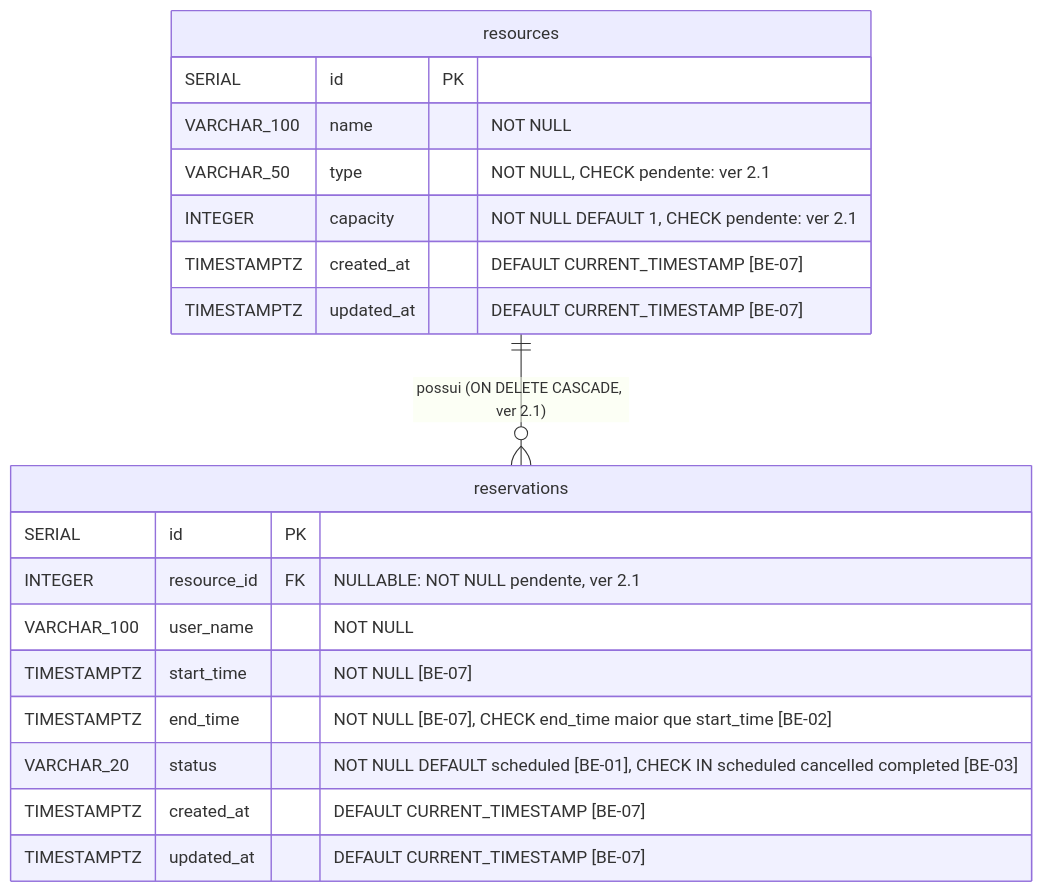
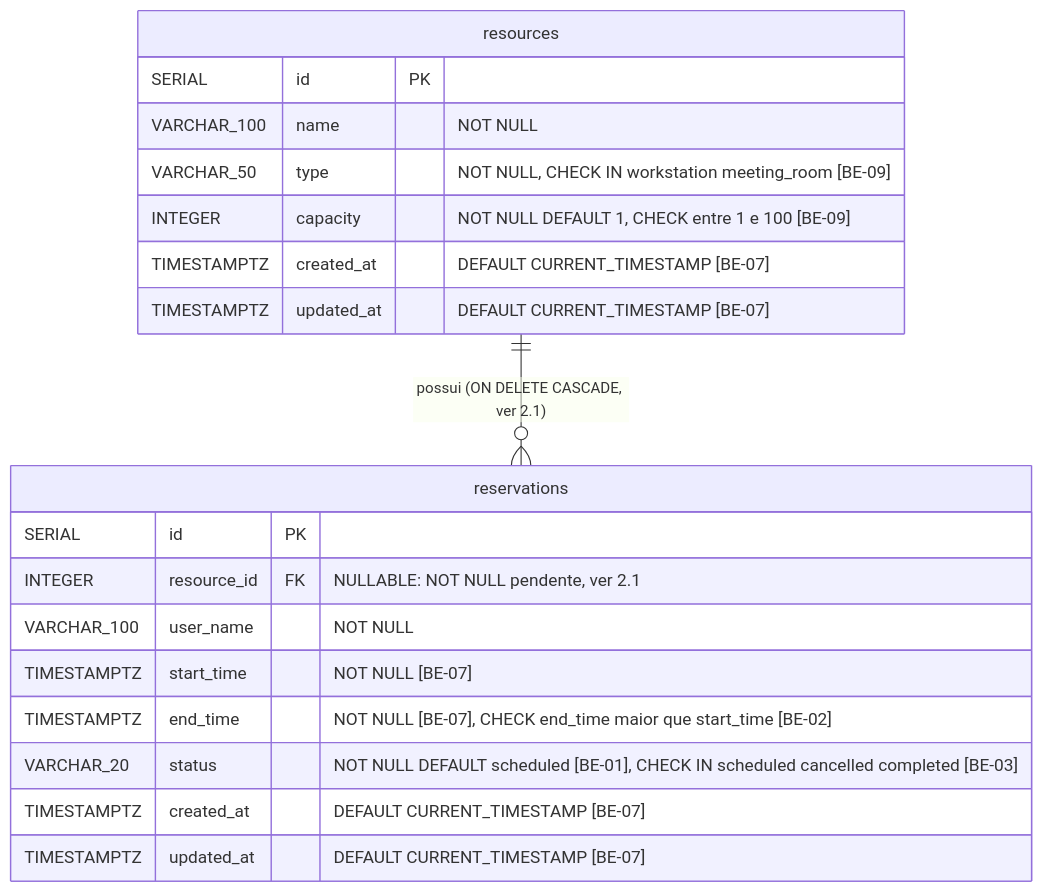
One commit to igorSeberino/srec changed the second of 2 diagrams in docs/arquitetura/der.md. Above: the diagram before and after it, drawn with Mermaid. The commit also changed other lines of this file and 3 other files, not shown here.

````diff
--- a/docs/arquitetura/der.md
+++ b/docs/arquitetura/der.md
@@ -61,24 +61,24 @@
 ```mermaid
 erDiagram
     resources ||--o{ reservations : "possui (ON DELETE CASCADE, ver 2.1)"
 
     resources {
         SERIAL id PK ""
         VARCHAR_100 name "NOT NULL"
-        VARCHAR_50 type "NOT NULL, CHECK pendente: ver 2.1"
-        INTEGER capacity "NOT NULL DEFAULT 1, CHECK pendente: ver 2.1"
+        VARCHAR_50 type "NOT NULL, CHECK IN workstation meeting_room [BE-09]"
+        INTEGER capacity "NOT NULL DEFAULT 1, CHECK entre 1 e 100 [BE-09]"
         TIMESTAMPTZ created_at "DEFAULT CURRENT_TIMESTAMP [BE-07]"
         TIMESTAMPTZ updated_at "DEFAULT CURRENT_TIMESTAMP [BE-07]"
     }
 
     reservations {
         SERIAL id PK ""
         INTEGER resource_id FK "NULLABLE: NOT NULL pendente, ver 2.1"
         VARCHAR_100 user_name "NOT NULL"
         TIMESTAMPTZ start_time "NOT NULL [BE-07]"
         TIMESTAMPTZ end_time "NOT NULL [BE-07], CHECK end_time maior que start_time [BE-02]"
         VARCHAR_20 status "NOT NULL DEFAULT scheduled [BE-01], CHECK IN scheduled cancelled completed [BE-03]"
         TIMESTAMPTZ created_at "DEFAULT CURRENT_TIMESTAMP [BE-07]"
         TIMESTAMPTZ updated_at "DEFAULT CURRENT_TIMESTAMP [BE-07]"
     }
 ```
````
